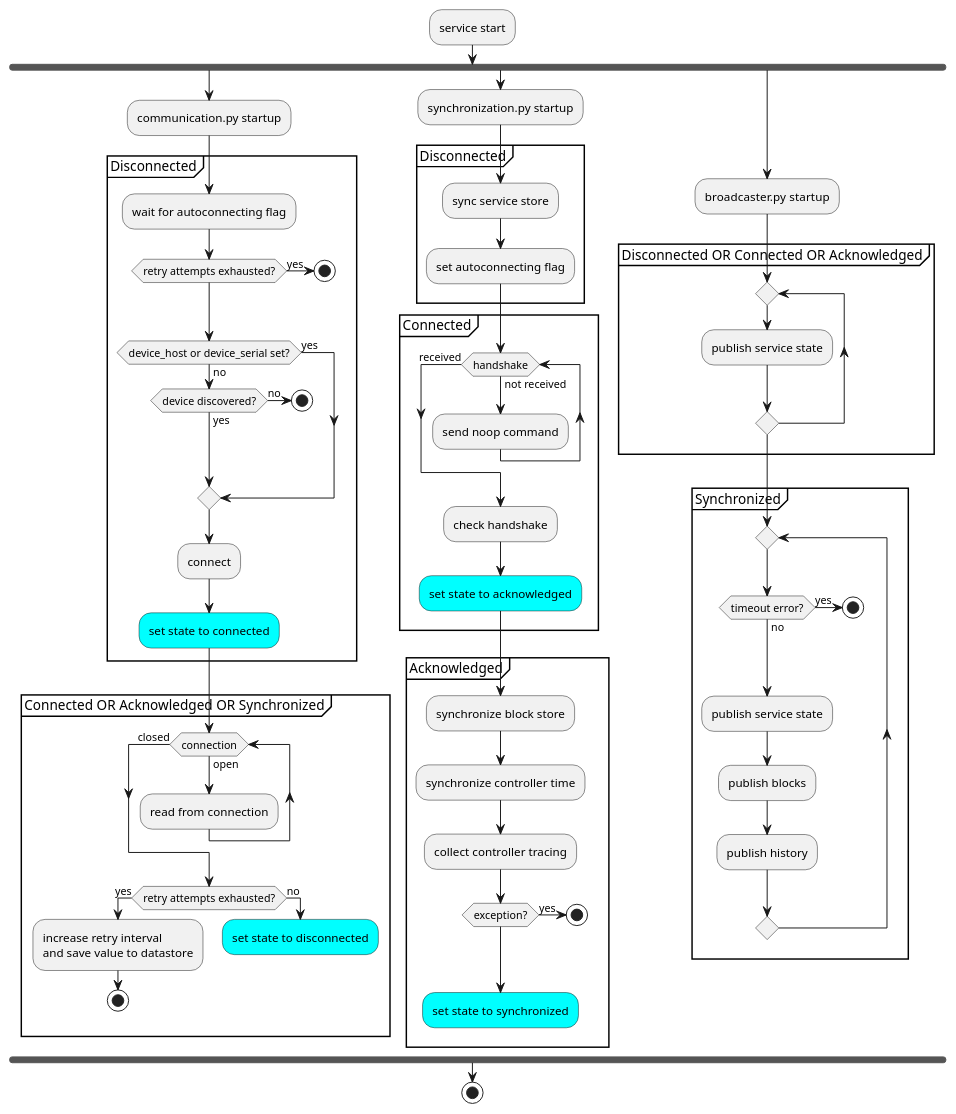
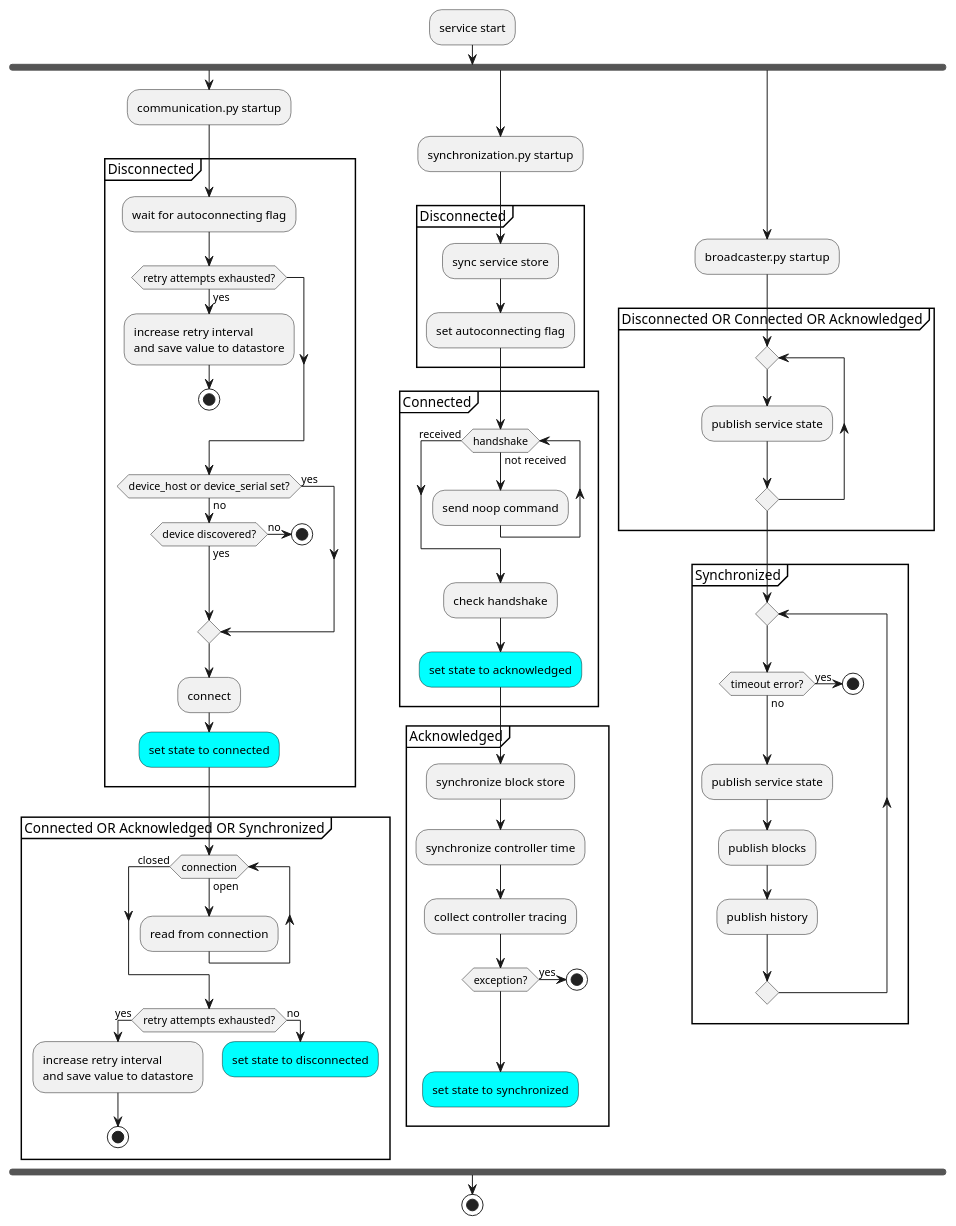
One commit to BrewBlox/brewblox-documentation changed the first of 2 diagrams in docs/dev/decisions/20201008_devcon_connect_states.md. Above: the diagram before and after it, drawn with PlantUML.

Commit message:
increase retry interval during disconnected stage

```diff
--- a/docs/dev/decisions/20201008_devcon_connect_states.md
+++ b/docs/dev/decisions/20201008_devcon_connect_states.md
@@ -54,6 +54,8 @@
     partition Disconnected {
         :wait for autoconnecting flag;
         if (retry attempts exhausted?) then (yes)
+            :increase retry interval
+            and save value to datastore;
             stop
         endif
         if (device_host or device_serial set?) then (yes)
```
